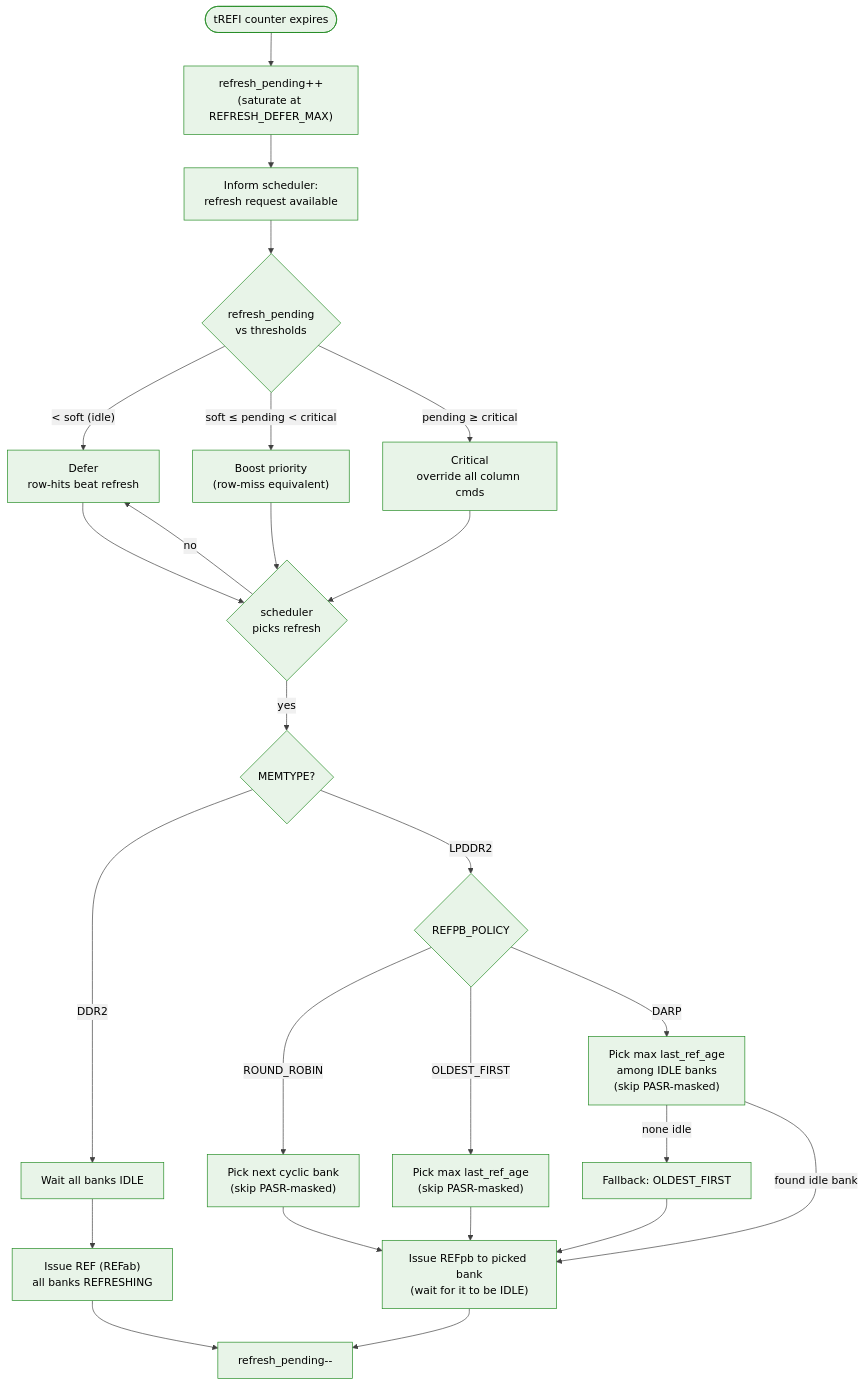
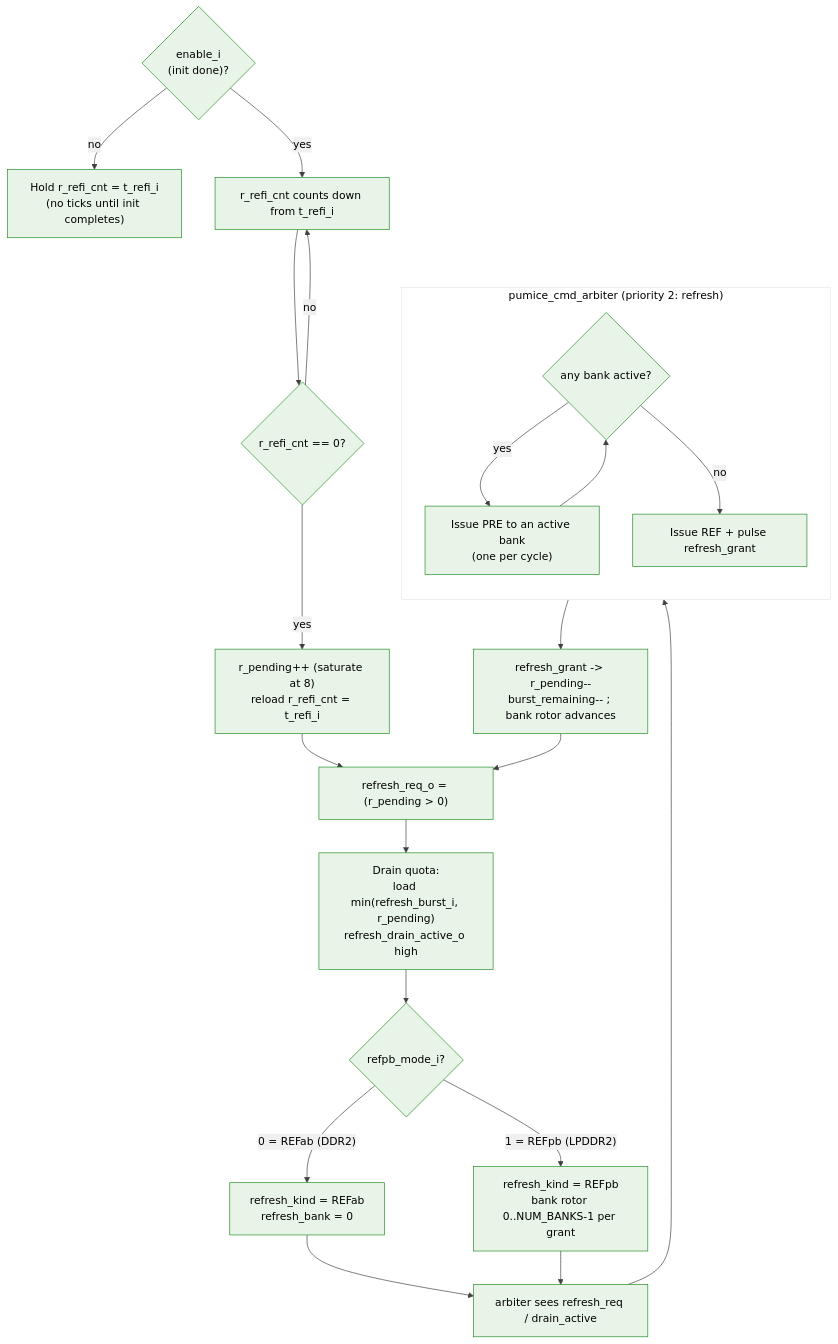
The diagram in projects/components/memory-controllers/pumice-ddr2-lpddr2/docs/pumice_has/assets/mermaid/06_refresh_decision.mmd (sean-galloway/RTLDesignSherpa), drawn with Mermaid before and after one commit. The commit also changed 136 other files, not shown here.

First line of the commit message:
docs(pumice): full HAS/MAS sweep — reconcile specs with rearchitected RTL

```diff
--- a/projects/components/memory-controllers/pumice-ddr2-lpddr2/docs/pumice_has/assets/mermaid/06_refresh_decision.mmd
+++ b/projects/components/memory-controllers/pumice-ddr2-lpddr2/docs/pumice_has/assets/mermaid/06_refresh_decision.mmd
@@ -1,35 +1,33 @@
 %%{init: {'theme': 'base', 'themeVariables': { 'primaryColor': '#e8f4e8', 'primaryTextColor': '#000', 'primaryBorderColor': '#228B22', 'lineColor': '#404040', 'secondaryColor': '#f0f0f0', 'tertiaryColor': '#fff'}}}%%
 flowchart TD
-    tick(["tREFI counter expires"])
-    tick --> incr["refresh_pending++<br/>(saturate at REFRESH_DEFER_MAX)"]
-    incr --> sched["Inform scheduler:<br/>refresh request available"]
-    sched --> prio{"refresh_pending<br/>vs thresholds"}
+    %% refresh_ctrl (rtl/fub/refresh_ctrl.sv): tREFI countdown -> pending
+    %% accumulator (max 8) -> drain quota. The arbiter does precharge-then-REF.
+    en{"enable_i<br/>(init done)?"}
+    en -->|no| hold["Hold r_refi_cnt = t_refi_i<br/>(no ticks until init completes)"]
+    en -->|yes| tick["r_refi_cnt counts down from t_refi_i"]
 
-    prio -->|"&lt; soft (idle)"| skip["Defer<br/>row-hits beat refresh"]
-    prio -->|"soft &le; pending &lt; critical"| medium["Boost priority<br/>(row-miss equivalent)"]
-    prio -->|"pending &ge; critical"| crit["Critical<br/>override all column cmds"]
+    tick --> exp{r_refi_cnt == 0?}
+    exp -->|no| tick
+    exp -->|yes| accum["r_pending++ (saturate at 8)<br/>reload r_refi_cnt = t_refi_i"]
 
-    skip --> chosen
-    medium --> chosen{"scheduler<br/>picks refresh"}
-    crit --> chosen
+    accum --> req["refresh_req_o = (r_pending > 0)"]
+    req --> drain["Drain quota:<br/>load min(refresh_burst_i, r_pending)<br/>refresh_drain_active_o high"]
 
-    chosen -->|"yes"| memtype{MEMTYPE?}
-    chosen -->|"no"| skip
+    drain --> kind{refpb_mode_i?}
+    kind -->|"0 = REFab (DDR2)"| refab["refresh_kind = REFab<br/>refresh_bank = 0"]
+    kind -->|"1 = REFpb (LPDDR2)"| refpb["refresh_kind = REFpb<br/>bank rotor 0..NUM_BANKS-1 per grant"]
 
-    memtype -->|"DDR2"| refab["Wait all banks IDLE"]
-    memtype -->|"LPDDR2"| policy{REFPB_POLICY}
+    refab --> arb
+    refpb --> arb
 
-    policy -->|"ROUND_ROBIN"| rr["Pick next cyclic bank<br/>(skip PASR-masked)"]
-    policy -->|"OLDEST_FIRST"| oldest["Pick max last_ref_age<br/>(skip PASR-masked)"]
-    policy -->|"DARP"| darp["Pick max last_ref_age<br/>among IDLE banks<br/>(skip PASR-masked)"]
+    subgraph ARB["pumice_cmd_arbiter (priority 2: refresh)"]
+        direction TB
+        anyact{any bank active?}
+        anyact -->|yes| pre["Issue PRE to an active bank<br/>(one per cycle)"]
+        anyact -->|no| ref["Issue REF + pulse refresh_grant"]
+        pre --> anyact
+    end
 
-    darp -->|"none idle"| oldest_fallback["Fallback: OLDEST_FIRST"]
-    darp -->|"found idle bank"| issue_pb
-    oldest_fallback --> issue_pb
-
-    rr --> issue_pb["Issue REFpb to picked bank<br/>(wait for it to be IDLE)"]
-    oldest --> issue_pb
-
-    refab --> issue_ab["Issue REF (REFab)<br/>all banks REFRESHING"]
-    issue_ab --> dec["refresh_pending--"]
-    issue_pb --> dec
+    arb["arbiter sees refresh_req / drain_active"] --> ARB
+    ref --> dec["refresh_grant -> r_pending--<br/>burst_remaining-- ; bank rotor advances"]
+    dec --> req
```
